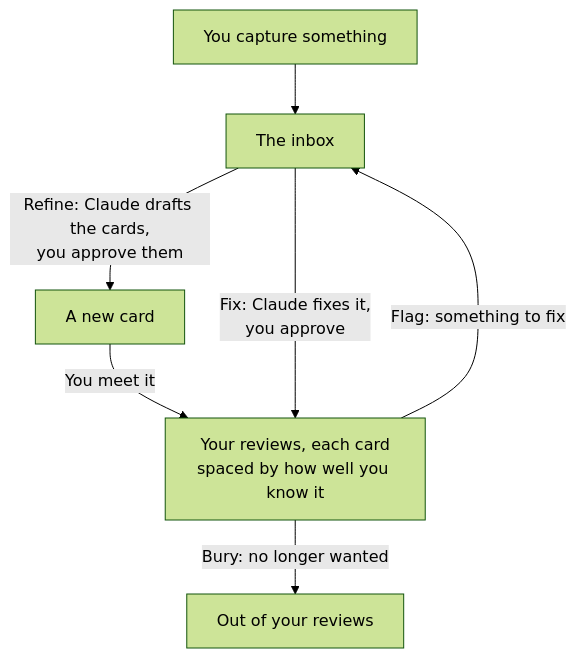
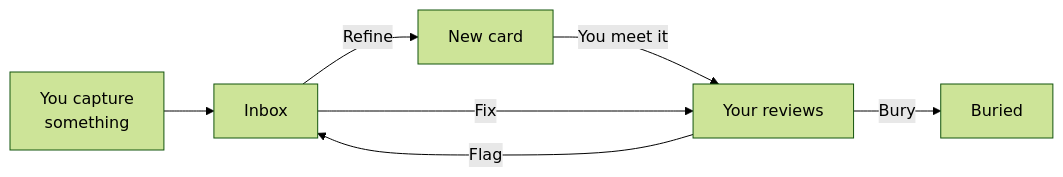
The second of 2 diagrams in README.md (lucastkacz/ficha), drawn with Mermaid (forest theme) before and after one commit. The commit also changed 2 other files, not shown here.

Commit message:
The README's pictures and flowchart fit GitHub's page
The card's front and back pictures have the same height, and the card's
path is a horizontal flowchart, which GitHub shows whole.

````diff
--- a/README.md
+++ b/README.md
@@ -49,9 +49,9 @@
 ```mermaid
-flowchart TD
-    capture["You capture something"] --> inbox["The inbox"]
-    inbox -- "Refine: Claude drafts the cards,<br/>you approve them" --> new["A new card"]
-    new -- "You meet it" --> reviews["Your reviews, each card<br/>spaced by how well you know it"]
-    reviews -- "Flag: something to fix" --> inbox
-    inbox -- "Fix: Claude fixes it,<br/>you approve" --> reviews
-    reviews -- "Bury: no longer wanted" --> buried["Out of your reviews"]
+flowchart LR
+    capture["You capture<br/>something"] --> inbox["Inbox"]
+    inbox -- "Refine" --> new["New card"]
+    new -- "You meet it" --> reviews["Your reviews"]
+    reviews -- "Flag" --> inbox
+    inbox -- "Fix" --> reviews
+    reviews -- "Bury" --> buried["Buried"]
 ```
````
